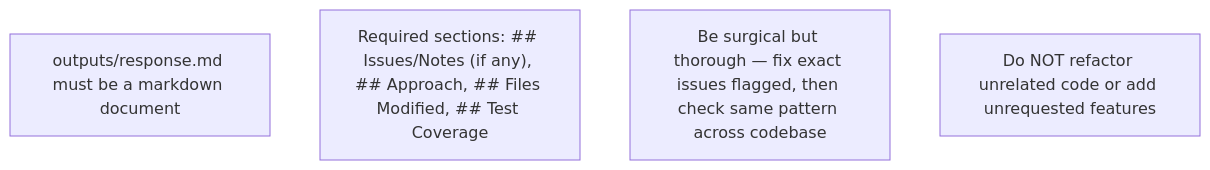
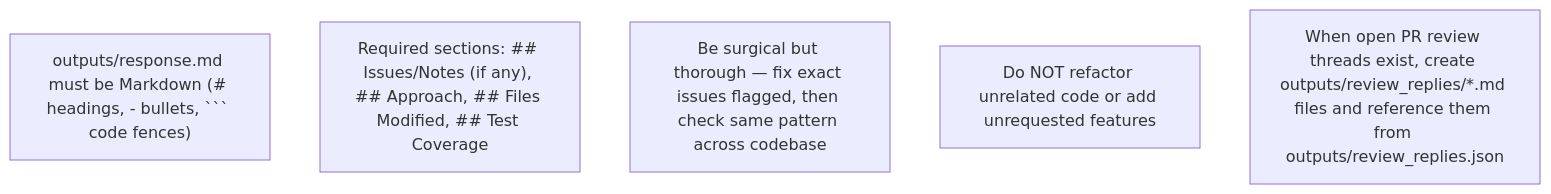
Before and after one commit to IstiN/dmtools-agents: the fourth of 6 diagrams in snapshots/pr_rework.md, drawn with Mermaid. The commit also changed other lines of this file and 6 other files, not shown here.

Commit message:
fix(pr_rework): close PR review threads via review_replies.json and enforce GitHub Markdown output

````diff
--- a/snapshots/pr_rework.md
+++ b/snapshots/pr_rework.md
@@ -99,7 +102,8 @@
 ```mermaid
 flowchart TD
-    F1["outputs/response.md must be a markdown document"]
+    F1["outputs/response.md must be Markdown (# headings, - bullets, ``` code fences)"]
     F2["Required sections: ## Issues/Notes (if any), ## Approach, ## Files Modified, ## Test Coverage"]
     F3["Be surgical but thorough — fix exact issues flagged, then check same pattern across codebase"]
     F4["Do NOT refactor unrelated code or add unrequested features"]
+    F5["When open PR review threads exist, create outputs/review_replies/*.md files and reference them from outputs/review_replies.json"]
 ```
````
